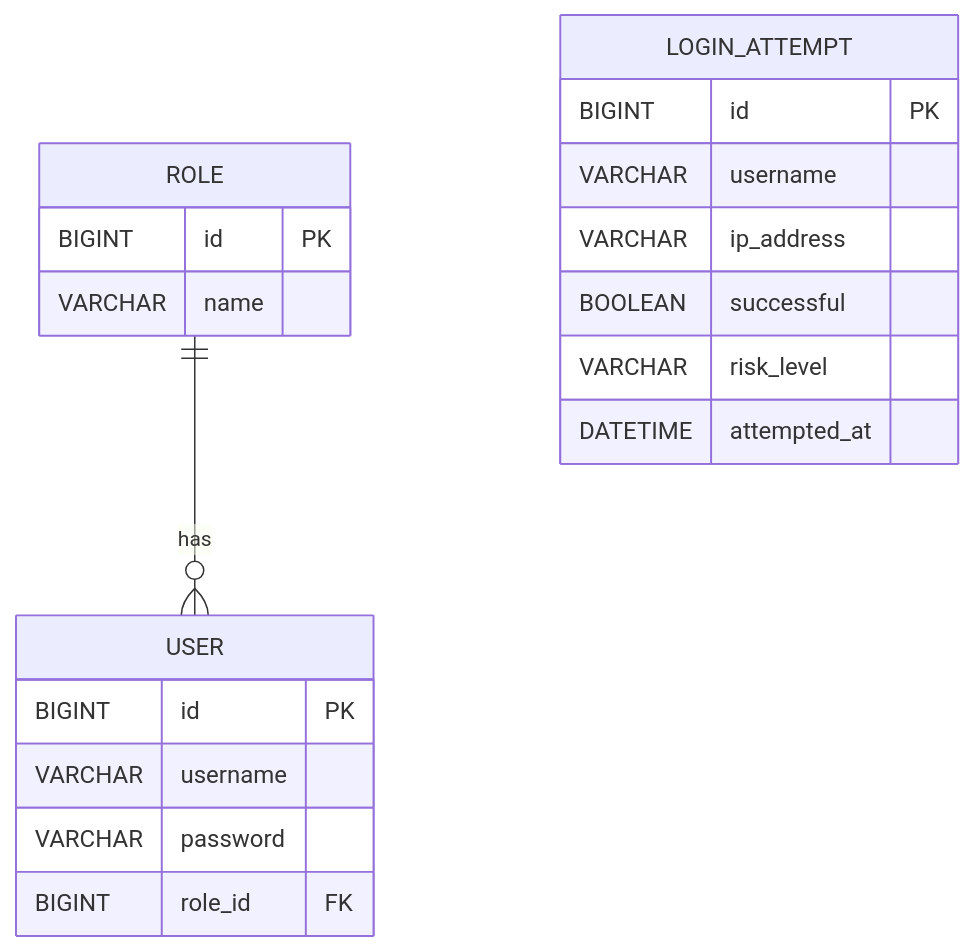
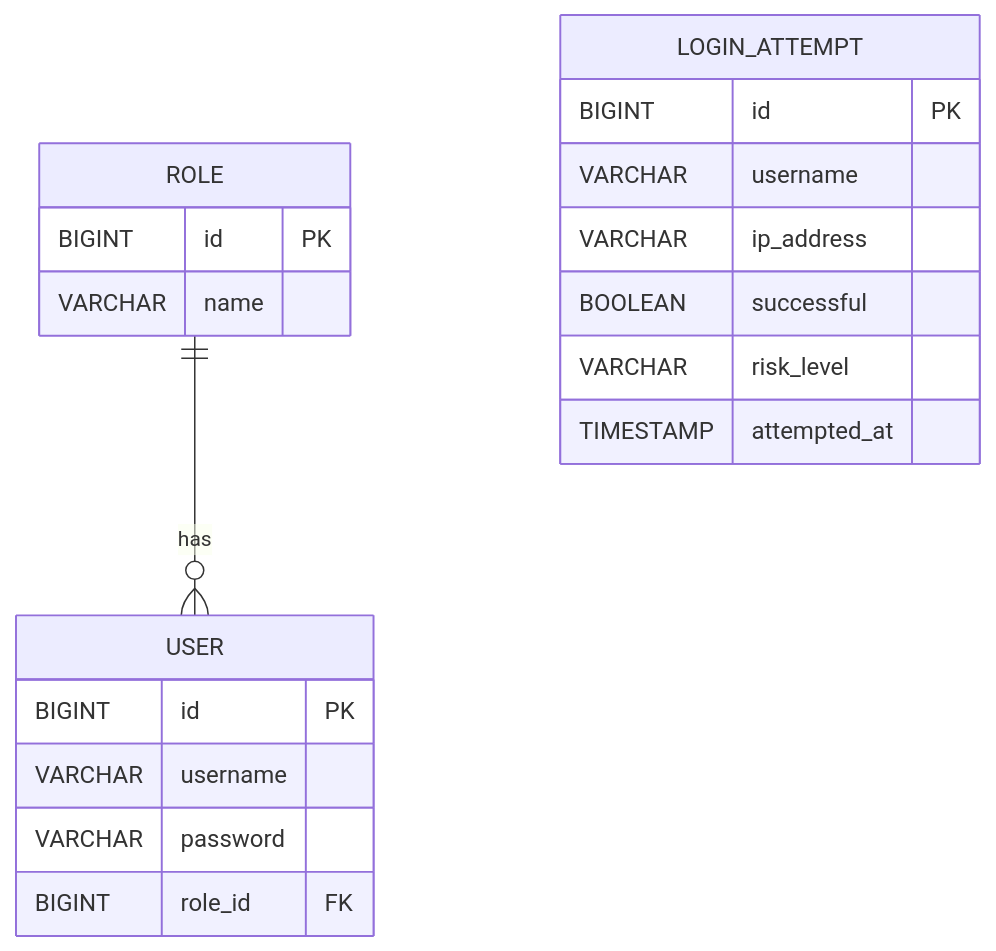
Before and after one commit to christina-pertsoviti/login-risk-monitor: the diagram in README.md, drawn with Mermaid. The commit also changed other lines of this file, not shown here.

````diff
--- a/README.md
+++ b/README.md
@@ -77,25 +83,25 @@
 ```mermaid
 erDiagram
     ROLE ||--o{ USER : has
 
     ROLE {
         BIGINT id PK
         VARCHAR name
     }
 
     USER {
         BIGINT id PK
         VARCHAR username
         VARCHAR password
         BIGINT role_id FK
     }
 
     LOGIN_ATTEMPT {
         BIGINT id PK
         VARCHAR username
         VARCHAR ip_address
         BOOLEAN successful
         VARCHAR risk_level
-        DATETIME attempted_at
+        TIMESTAMP attempted_at
     }
 ```
````
